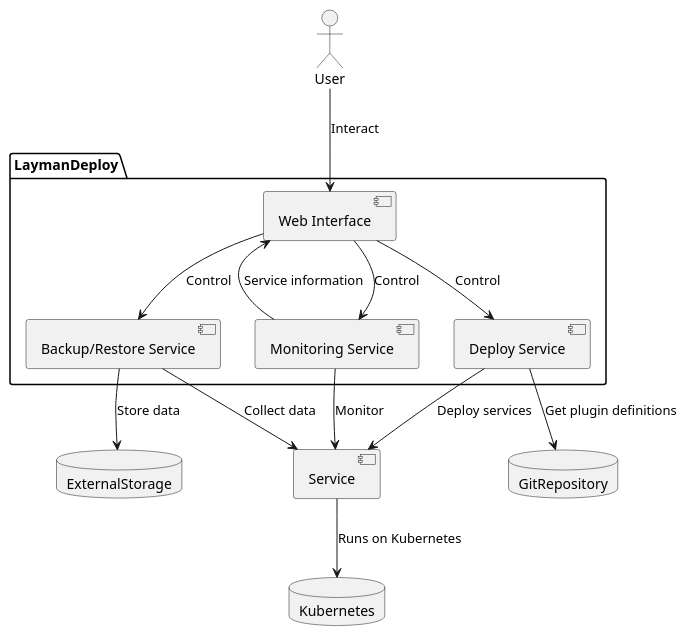
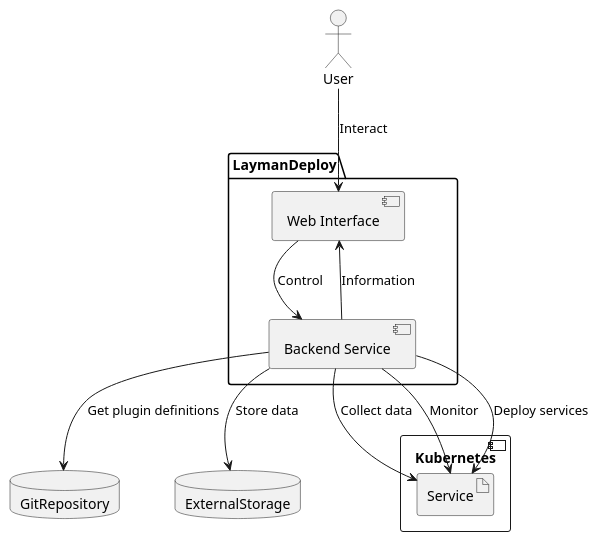
One commit to jdmmnn/LaymanDeploy changed the diagram in arc42-template-EN-plain-gitHubMarkdown/technical-context.puml. Above: the diagram before and after it, drawn with PlantUML. The commit also changed 19 other files, not shown here.

```diff
--- a/arc42-template-EN-plain-gitHubMarkdown/technical-context.puml
+++ b/arc42-template-EN-plain-gitHubMarkdown/technical-context.puml
@@ -1,32 +1,28 @@
 @startuml
+
 actor User
 package "LaymanDeploy" {
-    [Web Interface]
-    [Backup/Restore Service]
-    [Monitoring Service]
-    [Deploy Service]
+    component "Web Interface"
+    component "Backend Service"
 }
 
-database Kubernetes
+component "Kubernetes" as Kubernetes {
+    artifact "Service" as Service
+}
+
 database GitRepository
 database ExternalStorage
 
-component Service
+User --> [Web Interface]: Interact
+[Web Interface] --> [Backend Service]: Control
 
-User --> [Web Interface]: Interact
-[Web Interface] --> [Backup/Restore Service]: Control
-[Web Interface] --> [Monitoring Service]: Control
-[Web Interface] --> [Deploy Service]: Control
+[Backend Service] --> Service: Collect data
+[Backend Service] --> ExternalStorage: Store data
 
-[Backup/Restore Service] --> Service: Collect data
-[Backup/Restore Service] --> ExternalStorage: Store data
+[Backend Service] --> Service: Monitor
+[Backend Service] --> [Web Interface]: Information
 
-[Monitoring Service] --> Service: Monitor
-[Monitoring Service] --> [Web Interface]: Service information
-
-[Deploy Service] --> GitRepository: Get plugin definitions
-[Deploy Service] --> Service: Deploy services
-
-Service --> Kubernetes: Runs on Kubernetes
+[Backend Service] --> GitRepository: Get plugin definitions
+[Backend Service] --> Service: Deploy services
 
 @enduml
```
